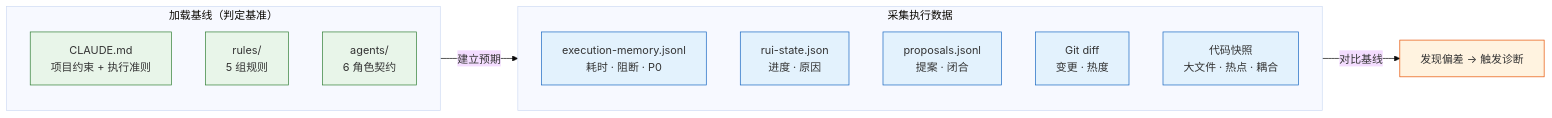
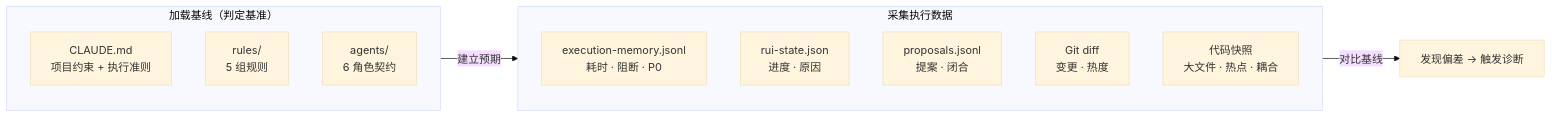
Before and after one commit to effiy/YrY: the second of 6 diagrams in agents/self-improve.md, drawn with Mermaid (base theme). The commit also changed other lines of this file and 9 other files, not shown here.

````diff
--- a/agents/self-improve.md
+++ b/agents/self-improve.md
@@ -71,21 +66,18 @@
 ```mermaid
 flowchart LR
     subgraph 基线["加载基线（判定基准）"]
         B1["CLAUDE.md<br/>项目约束 + 执行准则"]:::src
         B2["rules/<br/>5 组规则"]:::src
         B3["agents/<br/>6 角色契约"]:::src
     end
     subgraph 执行["采集执行数据"]
         D1["execution-memory.jsonl<br/>耗时 · 阻断 · P0"]:::data
         D2["rui-state.json<br/>进度 · 原因"]:::data
         D3["proposals.jsonl<br/>提案 · 闭合"]:::data
         D4["Git diff<br/>变更 · 热度"]:::data
         D5["代码快照<br/>大文件 · 热点 · 耦合"]:::data
     end
     基线 -->|"建立预期"| 执行
     执行 -->|"对比基线"| OUT["发现偏差 → 触发诊断"]:::out
 
-    classDef src fill:#e8f5e9,stroke:#2e7d32;
-    classDef data fill:#e3f2fd,stroke:#1565c0;
-    classDef out fill:#fff3e0,stroke:#e65100;
 ```
````
